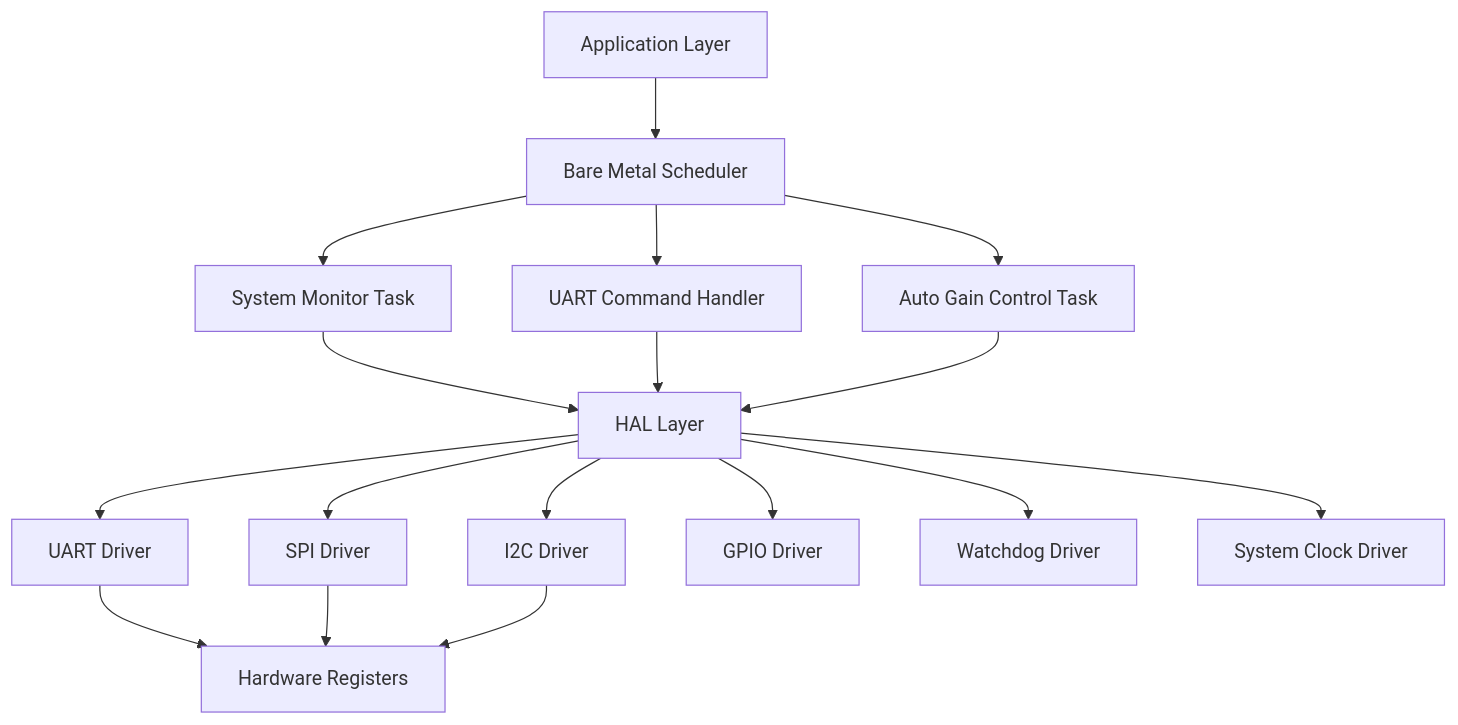
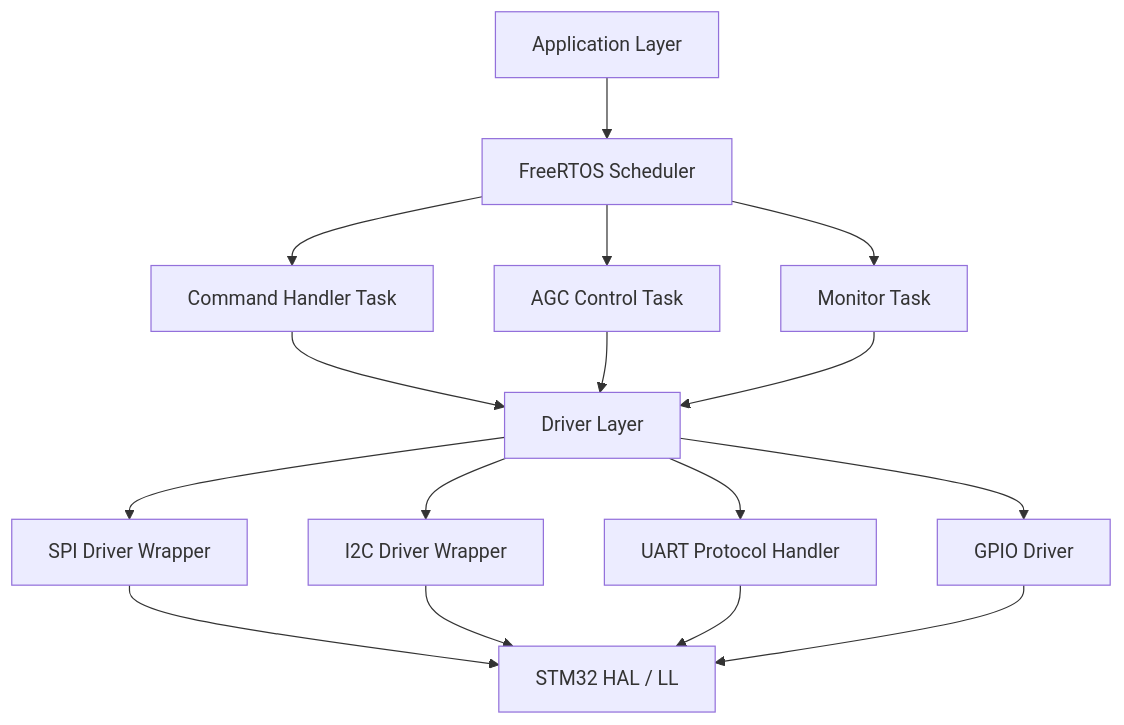
The first of 7 diagrams in SDD_receiver.md (bala9066/AI_S2S_Code), drawn with Mermaid before and after one commit. The commit also changed other lines of this file and 31 other files, not shown here.

````diff
--- a/SDD_receiver.md
+++ b/SDD_receiver.md
@@ -174,23 +127,21 @@
 ```mermaid
 graph TD
-    APP[Application Layer] --> SCHED[Bare Metal Scheduler]
+    APP[Application Layer] --> SCHED[FreeRTOS Scheduler]
+    SCHED --> CMDS[Command Handler Task]
+    SCHED --> AGC[AGC Control Task]
+    SCHED --> MON[Monitor Task]
     
-    SCHED --> MON[System Monitor Task]
-    SCHED --> CMD[UART Command Handler]
-    SCHED --> AGC[Auto Gain Control Task]
+    CMDS --> DRV[Driver Layer]
+    AGC --> DRV
+    MON --> DRV
     
-    MON --> HAL[HAL Layer]
-    CMD --> HAL
-    AGC --> HAL
+    DRV --> SPI[SPI Driver Wrapper]
+    DRV --> I2C[I2C Driver Wrapper]
+    DRV --> UART[UART Protocol Handler]
+    DRV --> GPIO[GPIO Driver]
     
-    HAL --> UART_DRV[UART Driver]
-    HAL --> SPI_DRV[SPI Driver]
-    HAL --> I2C_DRV[I2C Driver]
-    HAL --> GPIO_DRV[GPIO Driver]
-    HAL --> WDT_DRV[Watchdog Driver]
-    HAL --> PLL_SYS[System Clock Driver]
-    
-    UART_DRV --> HW[Hardware Registers]
-    SPI_DRV --> HW
-    I2C_DRV --> HW
+    SPI --> LL[STM32 HAL / LL]
+    I2C --> LL
+    UART --> LL
+    GPIO --> LL
 ```
````
